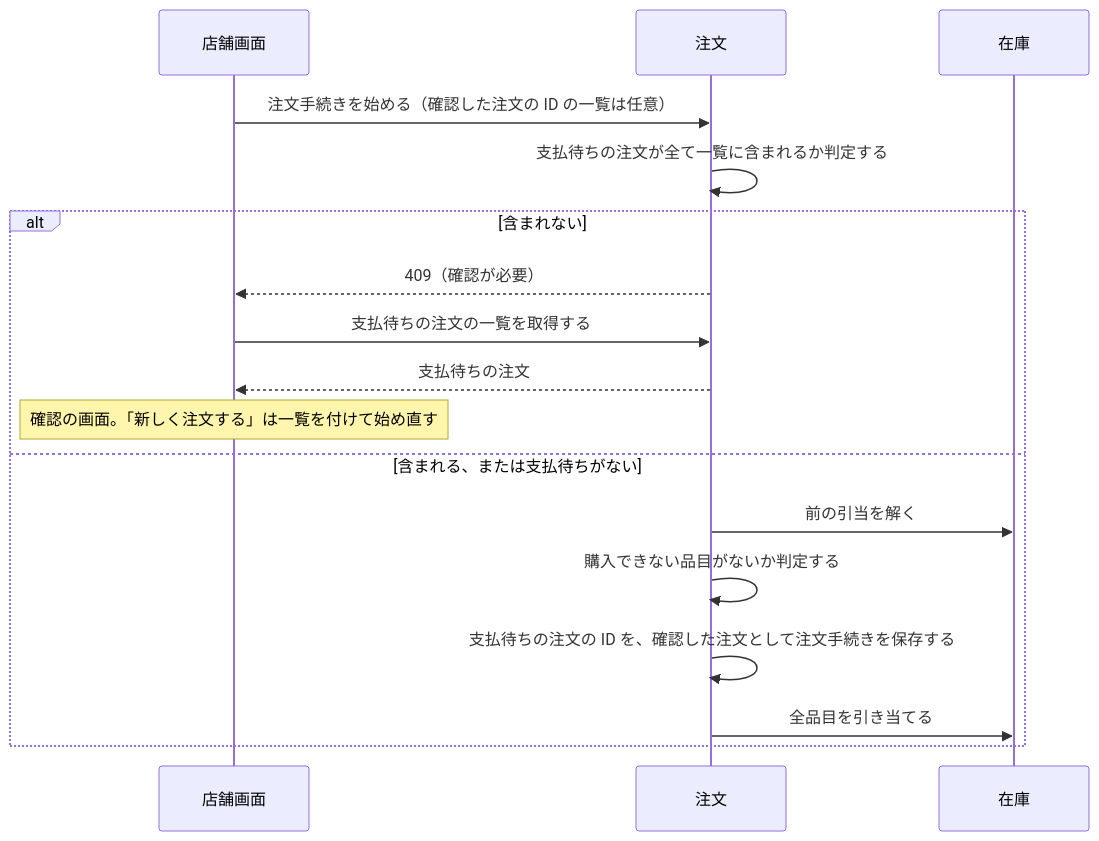
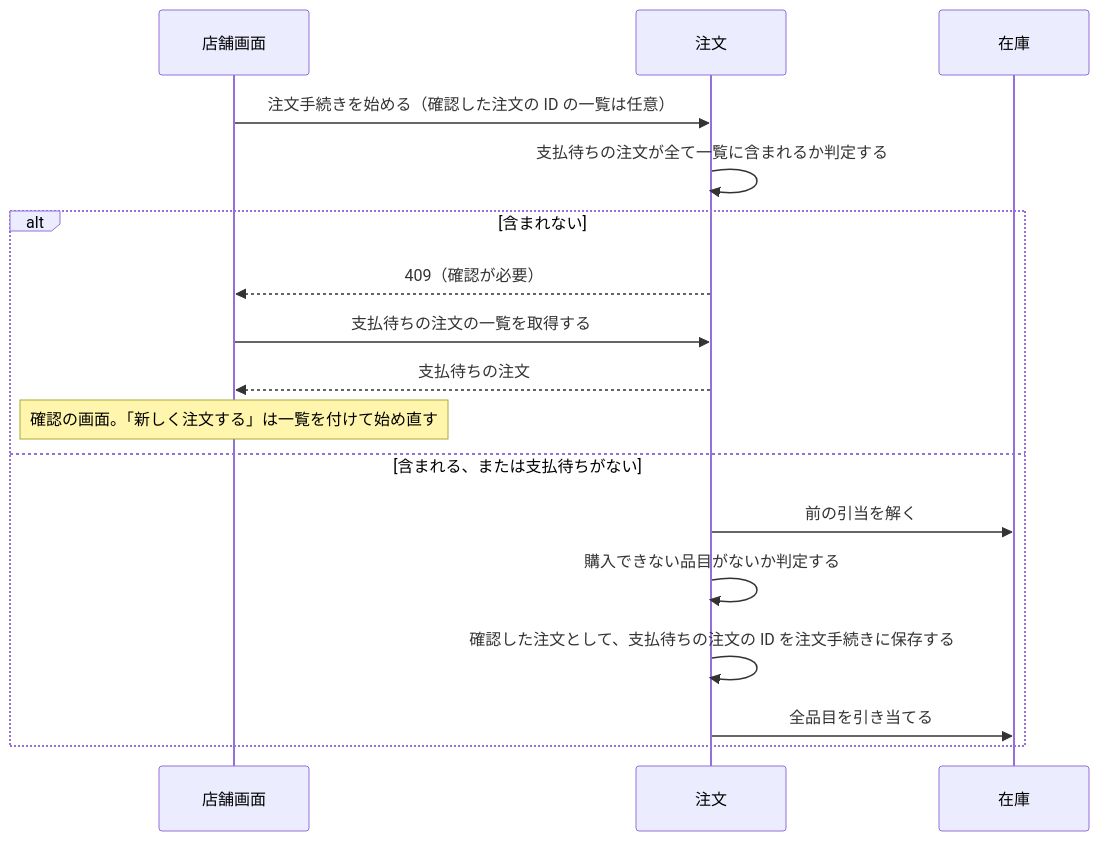
One commit to roger88106/ec-site changed the first of 4 diagrams in docs/02-設計/order.md. Above: the diagram before and after it, drawn with Mermaid. The commit also changed other lines of this file and 8 other files, not shown here.

````diff
--- a/docs/02-設計/order.md
+++ b/docs/02-設計/order.md
@@ -37,19 +37,19 @@
 ```mermaid
 sequenceDiagram
     participant U as 店舗画面
     participant O as 注文
     participant I as 在庫
     U->>O: 注文手続きを始める（確認した注文の ID の一覧は任意）
     O->>O: 支払待ちの注文が全て一覧に含まれるか判定する
     alt 含まれない
         O-->>U: 409（確認が必要）
         U->>O: 支払待ちの注文の一覧を取得する
         O-->>U: 支払待ちの注文
         Note over U: 確認の画面。「新しく注文する」は一覧を付けて始め直す
     else 含まれる、または支払待ちがない
         O->>I: 前の引当を解く
         O->>O: 購入できない品目がないか判定する
-        O->>O: 支払待ちの注文の ID を、確認した注文として注文手続きを保存する
+        O->>O: 確認した注文として、支払待ちの注文の ID を注文手続きに保存する
         O->>I: 全品目を引き当てる
     end
 ```
````
